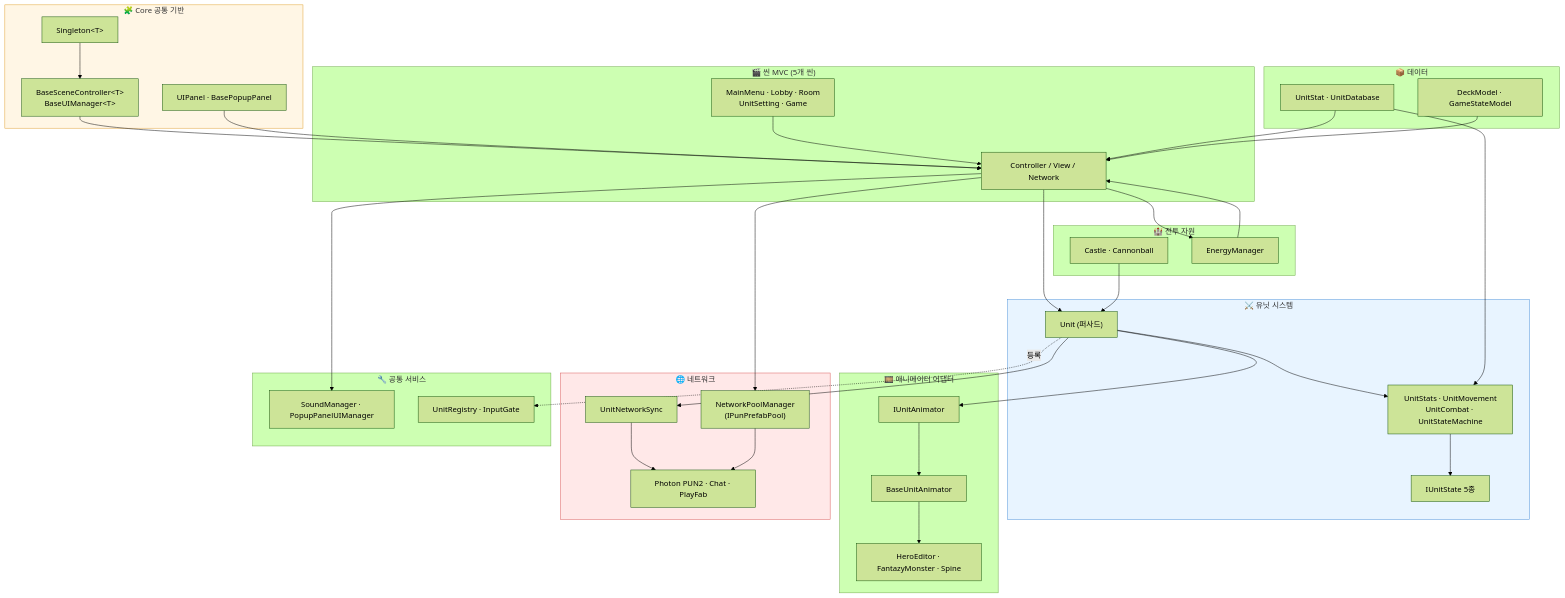
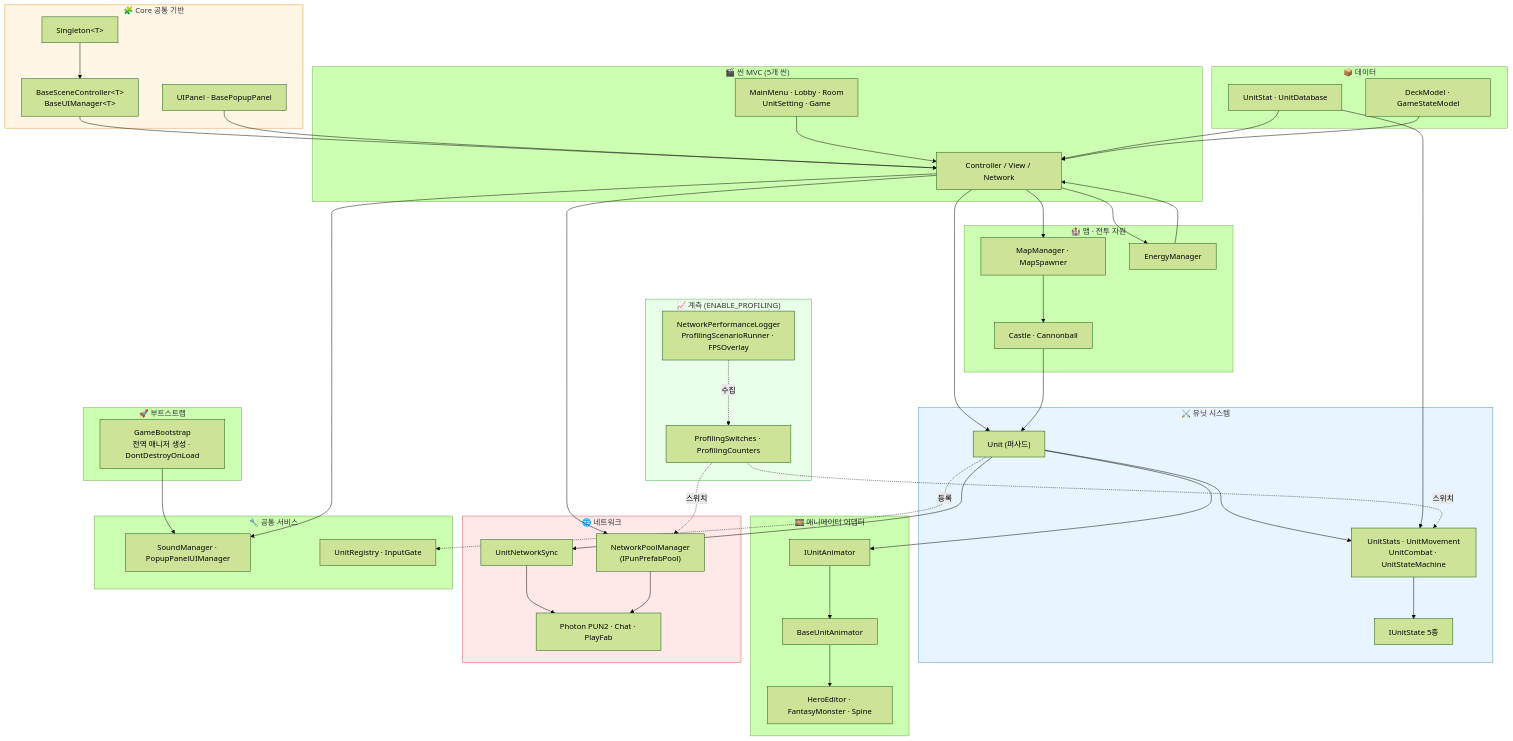
The first of 15 diagrams in Docs/ClassDiagram.md (dbwoaud/ElementalWar_portfolio), drawn with Mermaid (forest theme) before and after one commit. The commit also changed other lines of this file, not shown here.

````diff
--- a/Docs/ClassDiagram.md
+++ b/Docs/ClassDiagram.md
@@ -35,5 +36,9 @@
 ```mermaid
 flowchart TD
+    subgraph BOOT["🚀 부트스트랩"]
+        Z1["GameBootstrap<br/>전역 매니저 생성 · DontDestroyOnLoad"]
+    end
+
     subgraph CORE["🧩 Core 공통 기반"]
         A1["Singleton&lt;T&gt;"]
         A2["BaseSceneController&lt;T&gt;<br/>BaseUIManager&lt;T&gt;"]
@@ -54,7 +59,7 @@
     subgraph ANIM["🎞️ 애니메이터 어댑터"]
         D1["IUnitAnimator"]
         D2["BaseUnitAnimator"]
-        D3["HeroEditor · FantazyMonster · Spine"]
+        D3["HeroEditor · FantasyMonster · Spine"]
     end
 
     subgraph NET["🌐 네트워크"]
@@ -68,7 +73,8 @@
         F2["DeckModel · GameStateModel"]
     end
 
-    subgraph BATTLE["🏰 전투 자원"]
+    subgraph BATTLE["🏰 맵 · 전투 자원"]
+        G0["MapManager · MapSpawner"]
         G1["Castle · Cannonball"]
         G2["EnergyManager"]
     end
@@ -78,11 +84,18 @@
         H2["UnitRegistry · InputGate"]
     end
 
+    subgraph PROF["📈 계측 (ENABLE_PROFILING)"]
+        P1["ProfilingSwitches · ProfilingCounters"]
+        P2["NetworkPerformanceLogger<br/>ProfilingScenarioRunner · FPSOverlay"]
+    end
+
+    Z1 --> H1
     A1 --> A2
     A2 --> B2
     A3 --> B2
     B1 --> B2
     B2 --> C1
+    B2 --> G0
     B2 --> G2
     C1 --> C2
     C2 --> C3
@@ -96,12 +109,17 @@
     F1 --> C2
     F1 --> B2
     F2 --> B2
+    G0 --> G1
     G1 --> C1
     G2 --> B2
     C1 -. 등록 .-> H2
     B2 --> H1
+    P1 -. 스위치 .-> C2
+    P1 -. 스위치 .-> E2
+    P2 -. 수집 .-> P1
 
     style UNIT fill:#e8f4ff,stroke:#4a90d9
     style NET fill:#ffe8e8,stroke:#d95a5a
     style CORE fill:#fff6e5,stroke:#e0a030
+    style PROF fill:#eaffea,stroke:#4caf50
 ```
````
